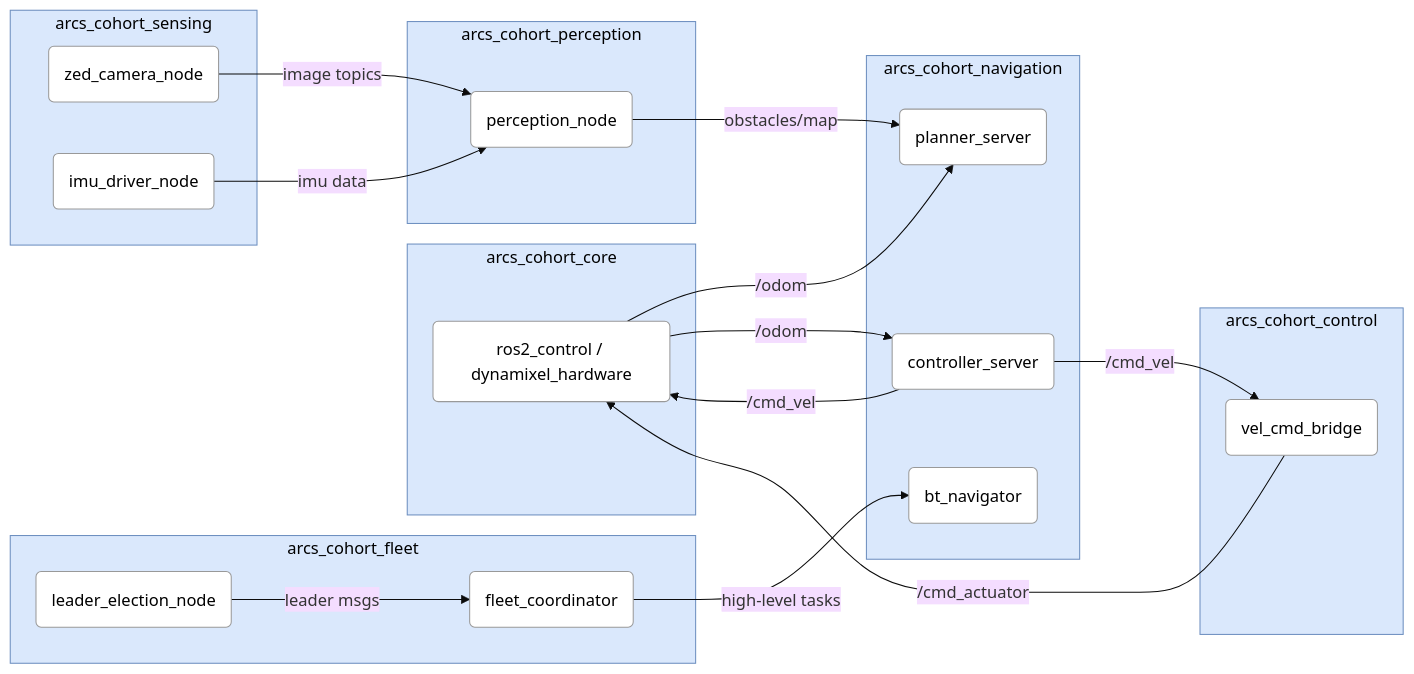
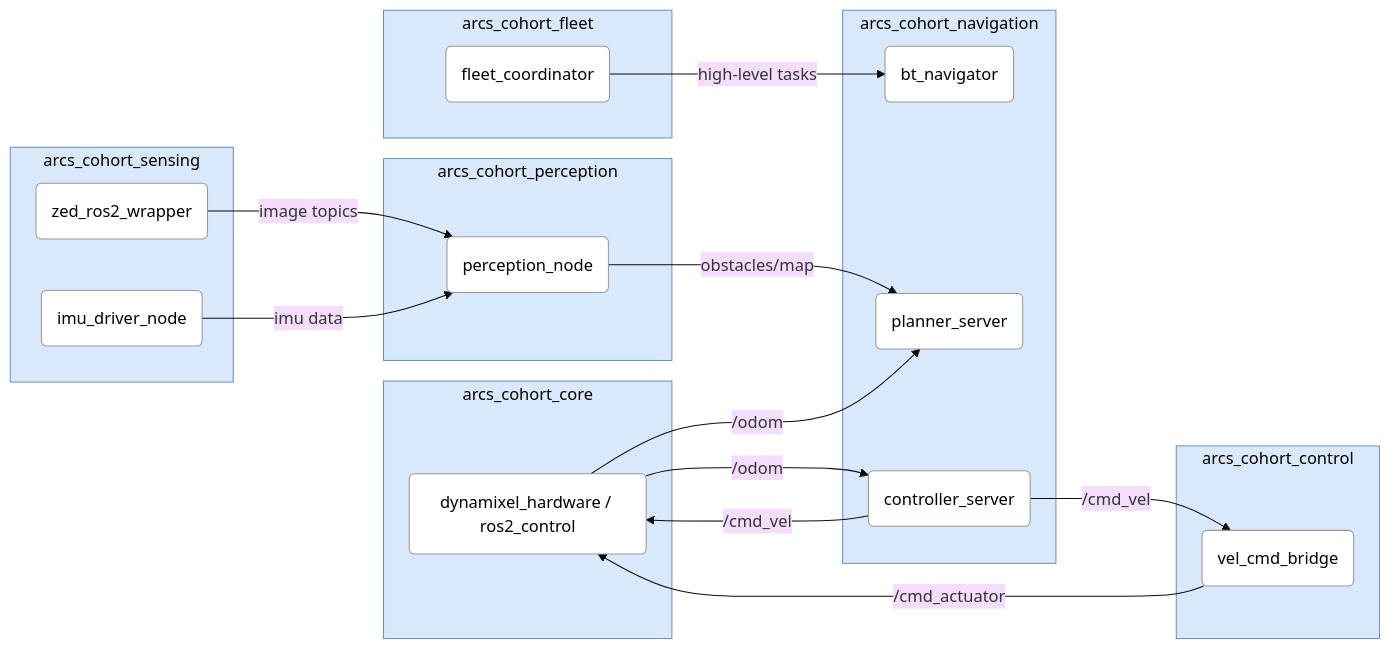
One commit to csun-arcs/arcs_cohort changed the diagram in README.md. Above: the diagram before and after it, drawn with Mermaid (base theme).

````diff
--- a/README.md
+++ b/README.md
@@ -6,56 +6,58 @@
 ```mermaid
 flowchart LR
+    %% Packages and nodes
     classDef pkg fill:#dae8fc,stroke:#6c8ebf,stroke-width:1px,color:#000
     classDef node fill:#ffffff,stroke:#999,color:#000,stroke-width:1px
     
-    subgraph A[arcs_cohort_core]
-      A1("ros2_control / dynamixel_hardware"):::node
-      click A1 "[https://github.com/youtalk/dynamixel_control](https://github.com/dynamixel-community/dynamixel_hardware)" "View dynamixel_hardware repo"
+    subgraph arcs_cohort_core[arcs_cohort_core]
+      dynamixel_hardware("dynamixel_hardware / ros2_control"):::node
     end
-    class A pkg
+    class arcs_cohort_core pkg
     
-    subgraph B[arcs_cohort_sensing]
-      B1("zed_camera_node"):::node
-      B2("imu_driver_node"):::node
+    subgraph arcs_cohort_sensing[arcs_cohort_sensing]
+      zed_ros2_wrapper("zed_ros2_wrapper"):::node
+      imu_driver_node("imu_driver_node"):::node
     end
-    class B pkg
+    class arcs_cohort_sensing pkg
     
-    subgraph C[arcs_cohort_perception]
-      C1("perception_node"):::node
+    subgraph arcs_cohort_perception[arcs_cohort_perception]
+      perception_node("perception_node"):::node
     end
-    class C pkg
+    class arcs_cohort_perception pkg
     
-    subgraph D[arcs_cohort_navigation]
-      D1("planner_server"):::node
-      D2("controller_server"):::node
-      D3("bt_navigator"):::node
+    subgraph arcs_cohort_navigation[arcs_cohort_navigation]
+      planner_server("planner_server"):::node
+      controller_server("controller_server"):::node
+      bt_navigator("bt_navigator"):::node
     end
-    class D pkg
+    class arcs_cohort_navigation pkg
     
-    subgraph E[arcs_cohort_control]
-      E1("vel_cmd_bridge"):::node
+    subgraph arcs_cohort_control[arcs_cohort_control]
+      vel_cmd_bridge("vel_cmd_bridge"):::node
     end
-    class E pkg
+    class arcs_cohort_control pkg
     
-    subgraph F[arcs_cohort_fleet]
-      F1("leader_election_node"):::node
-      F2("fleet_coordinator"):::node
+    subgraph arcs_cohort_fleet[arcs_cohort_fleet]
+      fleet_coordinator("fleet_coordinator"):::node
     end
-    class F pkg
+    class arcs_cohort_fleet pkg
     
-    %% Example arrows
-    A1 -->|"/odom"| D1
-    A1 -->|"/odom"| D2
-    D2 -->|"/cmd_vel"| A1
+    %% Diagram
+    dynamixel_hardware -->|"/odom"| planner_server
+    dynamixel_hardware -->|"/odom"| controller_server
+    controller_server -->|"/cmd_vel"| dynamixel_hardware
     
-    B1 -->|"image topics"| C1
-    C1 -->|"obstacles/map"| D1
+    zed_ros2_wrapper -->|"image topics"| perception_node
+    perception_node -->|"obstacles/map"| planner_server
     
-    D2 -->|"/cmd_vel"| E1
-    E1 -->|"/cmd_actuator"| A1
+    controller_server -->|"/cmd_vel"| vel_cmd_bridge
+    vel_cmd_bridge -->|"/cmd_actuator"| dynamixel_hardware
     
-    F2 -->|"high-level tasks"| D3
-    F1 -->|"leader msgs"| F2
+    fleet_coordinator -->|"high-level tasks"| bt_navigator
     
-    B2 -->|"imu data"| C1
+    imu_driver_node -->|"imu data"| perception_node
+
+    %% Links
+    click dynamixel_hardware href "https://github.com/dynamixel-community/dynamixel_hardware"
+    click zed_ros2_wrapper href "https://github.com/stereolabs/zed-ros2-wrapper"
 ```
````
